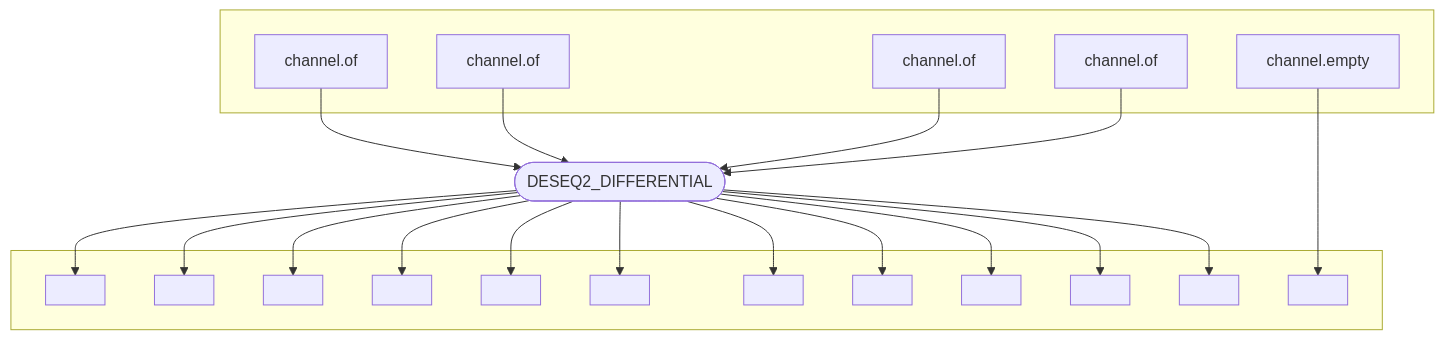
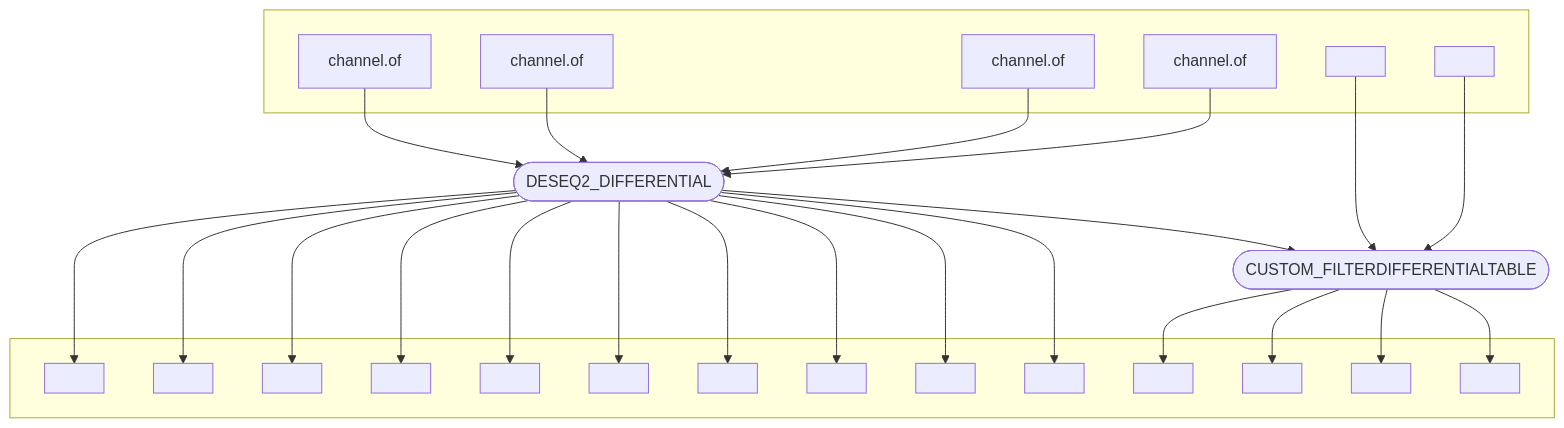
One commit to dxsbiocc/phi changed the diagram in resources/wrappers/modules/local/differential-expression/deseq2/wrapper/dag.mmd. Above: the diagram before and after it, drawn with Mermaid. The commit also changed 5 other files, not shown here.

```diff
--- a/resources/wrappers/modules/local/differential-expression/deseq2/wrapper/dag.mmd
+++ b/resources/wrappers/modules/local/differential-expression/deseq2/wrapper/dag.mmd
@@ -1,39 +1,48 @@
 flowchart TB
     subgraph " "
     v0["channel.of"]
     v1["channel.of"]
     v2["channel.of"]
     v3["channel.of"]
-    v16["channel.empty"]
+    v15[" "]
+    v16[" "]
     end
     v4(["DESEQ2_DIFFERENTIAL"])
     subgraph " "
     v5[" "]
     v6[" "]
     v7[" "]
     v8[" "]
     v9[" "]
     v10[" "]
     v11[" "]
     v12[" "]
     v13[" "]
     v14[" "]
-    v15[" "]
-    v17[" "]
+    v18[" "]
+    v19[" "]
+    v20[" "]
+    v21[" "]
     end
+    v17(["CUSTOM_FILTERDIFFERENTIALTABLE"])
     v0 --> v4
     v1 --> v4
     v2 --> v4
     v3 --> v4
-    v4 --> v15
+    v4 --> v17
     v4 --> v14
     v4 --> v13
     v4 --> v12
     v4 --> v11
     v4 --> v10
     v4 --> v9
     v4 --> v8
     v4 --> v7
     v4 --> v6
     v4 --> v5
+    v15 --> v17
     v16 --> v17
+    v17 --> v21
+    v17 --> v20
+    v17 --> v19
+    v17 --> v18
```
